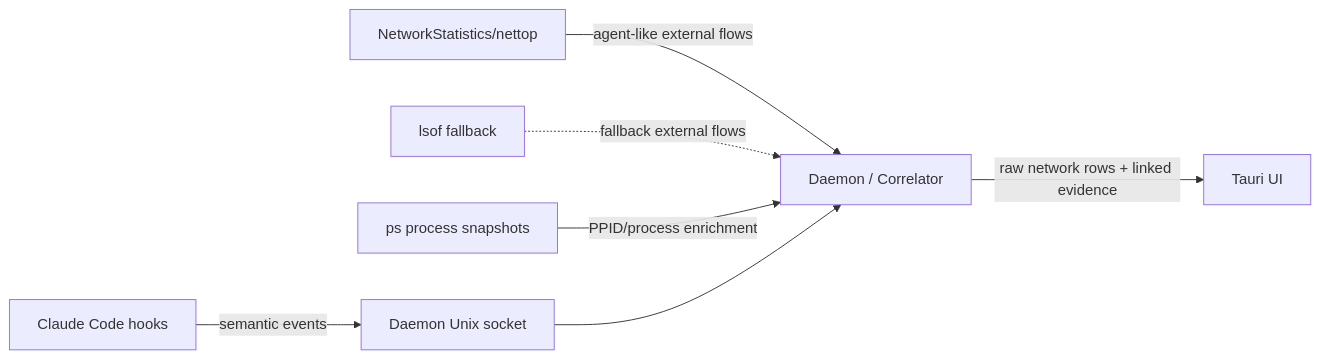
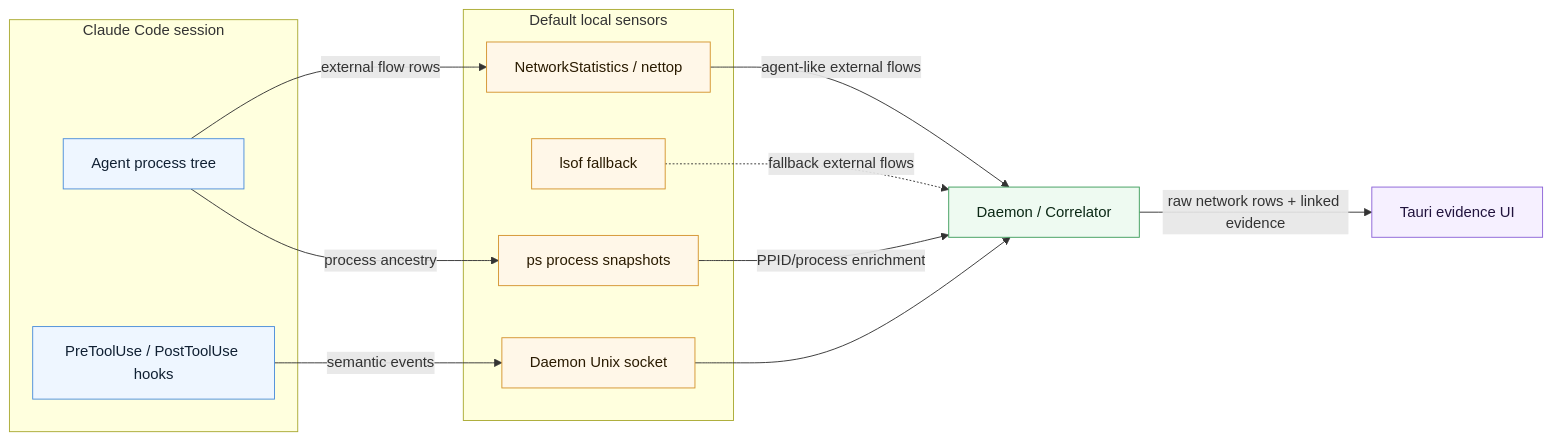
One commit to somoore/agentsnitch changed the first of 2 diagrams in docs/getting-started.md. Above: the diagram before and after it, drawn with Mermaid. The commit also changed other lines of this file and 19 other files, not shown here.

````diff
--- a/docs/getting-started.md
+++ b/docs/getting-started.md
@@ -91,17 +97,36 @@
 ```mermaid
 flowchart LR
-    Hooks["Claude Code hooks"]
-    NetStats["NetworkStatistics/nettop"]
-    Lsof["lsof fallback"]
-    PS["ps process snapshots"]
-    Socket["Daemon Unix socket"]
+    classDef agent fill:#eef6ff,stroke:#4c8eda,color:#102033
+    classDef sensor fill:#fff7e8,stroke:#d4942f,color:#2a1b00
+    classDef daemon fill:#eefaf1,stroke:#3f9d5c,color:#0b2815
+    classDef ui fill:#f6f0ff,stroke:#8c63d8,color:#21133d
+
+    subgraph Agent["Claude Code session"]
+        Hooks["PreToolUse / PostToolUse hooks"]
+        Procs["Agent process tree"]
+    end
+
+    subgraph Sensors["Default local sensors"]
+        NetStats["NetworkStatistics / nettop"]
+        Lsof["lsof fallback"]
+        PS["ps process snapshots"]
+        Socket["Daemon Unix socket"]
+    end
+
     Correlator["Daemon / Correlator"]
-    UI["Tauri UI"]
+    UI["Tauri evidence UI"]
 
     Hooks -->|"semantic events"| Socket
+    Procs -->|"external flow rows"| NetStats
+    Procs -->|"process ancestry"| PS
     NetStats -->|"agent-like external flows"| Correlator
     Lsof -.->|"fallback external flows"| Correlator
     PS -->|"PPID/process enrichment"| Correlator
     Socket --> Correlator
     Correlator -->|"raw network rows + linked evidence"| UI
+
+    class Hooks,Procs agent
+    class NetStats,Lsof,PS,Socket sensor
+    class Correlator daemon
+    class UI ui
 ```
````
